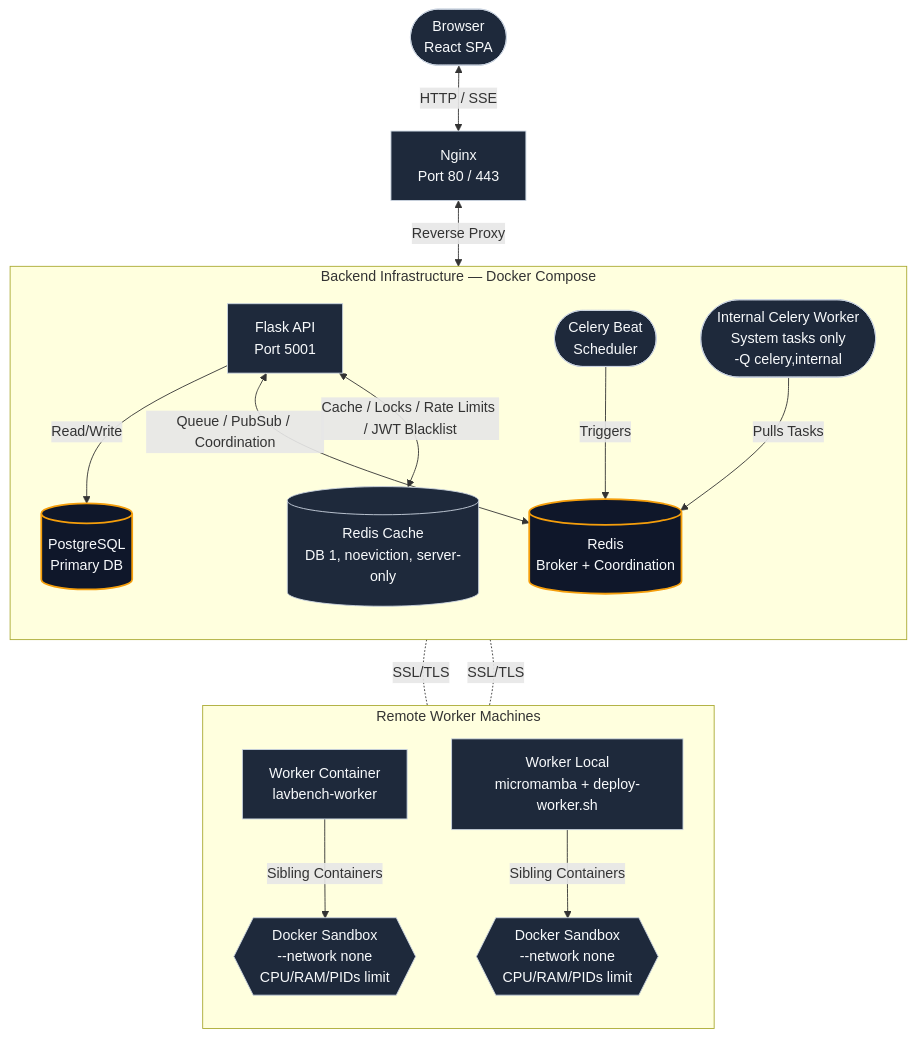
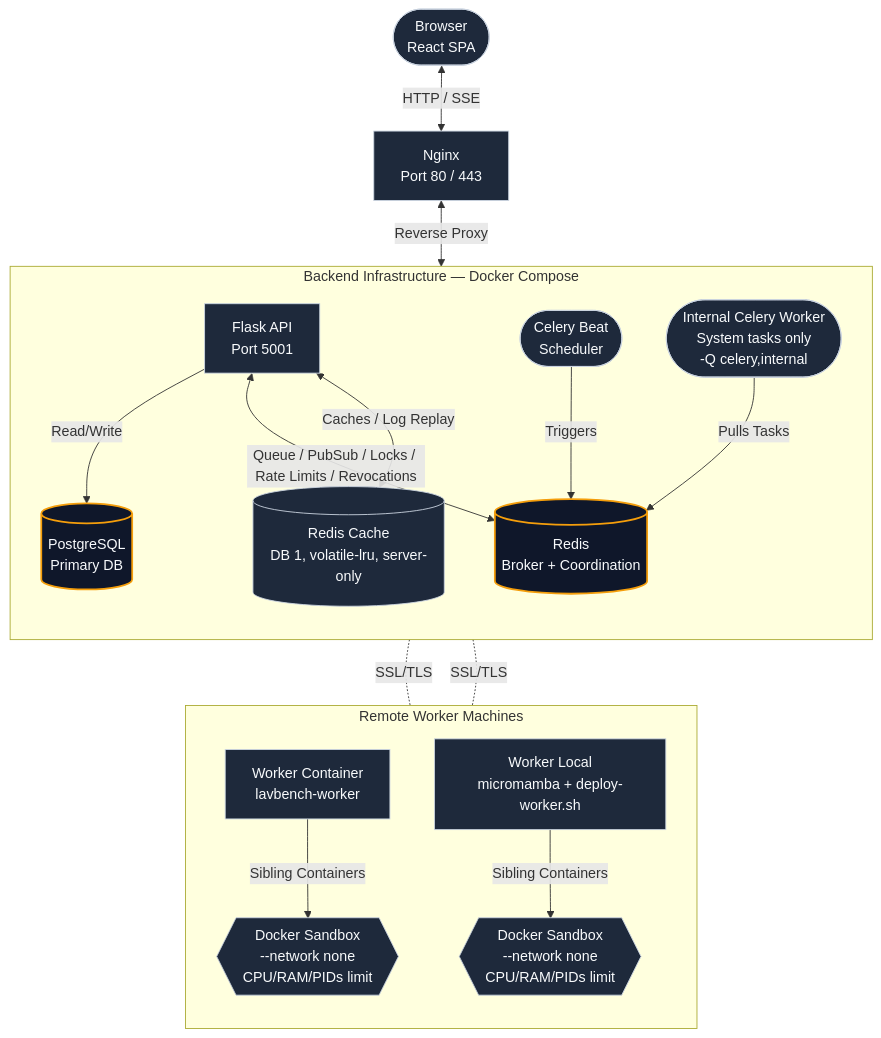
One commit to delyan-boychev/lavbench changed the diagram in README.md. Above: the diagram before and after it, drawn with Mermaid. The commit also changed other lines of this file and 126 other files, not shown here.

````diff
--- a/README.md
+++ b/README.md
@@ -62,32 +64,32 @@
 ```mermaid
 flowchart TD
     %% Client & Gateway
     Client([Browser<br>React SPA]) <-->|HTTP / SSE| Nginx[Nginx<br>Port 80 / 443]
     Nginx <-->|Reverse Proxy| API[Flask API<br>Port 5001]
 
     %% Core Data & Message Broker
     subgraph Core [Backend Infrastructure — Docker Compose]
         direction TB
         API -->|Read/Write| DB[(PostgreSQL<br>Primary DB)]
-        API <-->|Queue / PubSub / Coordination| Redis[(Redis<br>Broker + Coordination)]
-        API <-->|Cache / Locks / Rate Limits / JWT Blacklist| Cache[(Redis Cache<br>DB 1, noeviction, server-only)]
+        API <-->|Queue / PubSub / Locks / Rate Limits / Revocations| Redis[(Redis<br>Broker + Coordination)]
+        API <-->|Caches / Log Replay| Cache[(Redis Cache<br>DB 1, volatile-lru, server-only)]
         Beat([Celery Beat<br>Scheduler]) -->|Triggers| Redis
         Internal([Internal Celery Worker<br>System tasks only<br>-Q celery,internal]) -->|Pulls Tasks| Redis
     end
 
     %% Remote Worker Nodes
     subgraph Remote [Remote Worker Machines]
         direction TB
         W1[Worker Container<br>lavbench-worker] -->|Sibling Containers| S1{{Docker Sandbox<br>--network none<br>CPU/RAM/PIDs limit}}
         W2[Worker Local<br>micromamba + deploy-worker.sh] -->|Sibling Containers| S2{{Docker Sandbox<br>--network none<br>CPU/RAM/PIDs limit}}
     end
 
     %% Connections from Redis to Workers
     Redis -.-|SSL/TLS| W1
     Redis -.-|SSL/TLS| W2
 
     %% Styling
     classDef default fill:#1e293b,stroke:#cbd5e1,stroke-width:1px,color:#f8fafc;
     classDef database fill:#0f172a,stroke:#f59e0b,stroke-width:2px,color:#f8fafc;
     class DB,Redis database;
 ```
````
